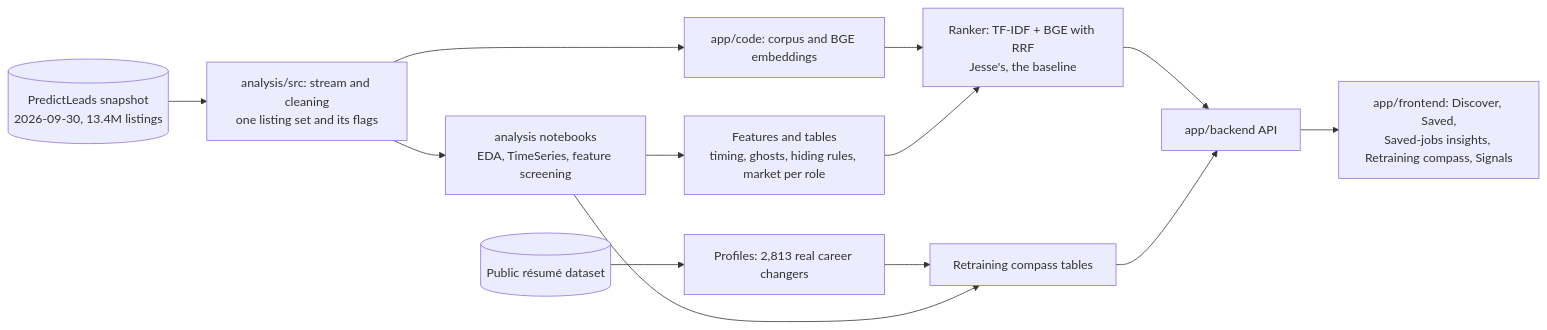
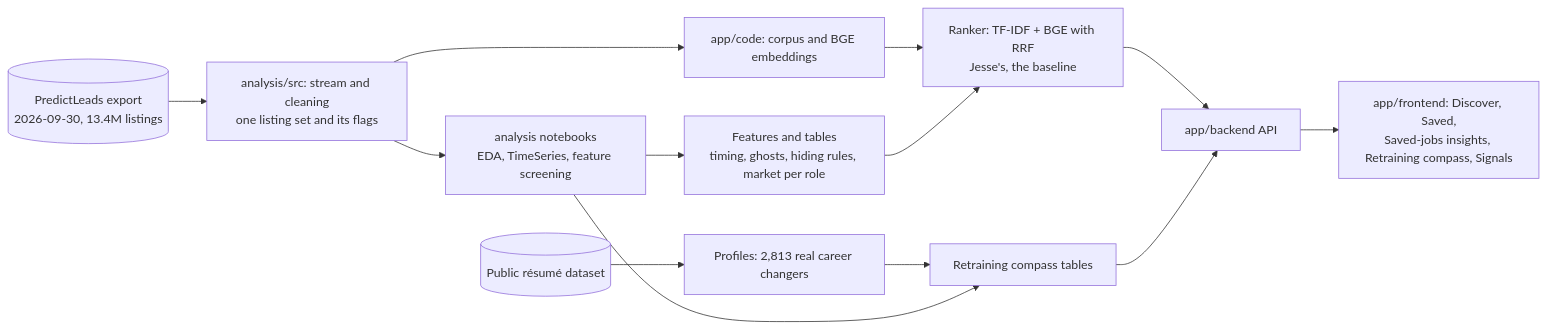
One commit to JacobColombo4729/predictleads-fathomlite changed the diagram in docs/merge_plan.md. Above: the diagram before and after it, drawn with Mermaid. The commit also changed other lines of this file and 10 other files, not shown here.

Commit message:
Replace vague "snapshot" with "September 30, the data's end date"; define the data export and "still open" once in EDA_SDA_1 and docs/data.md

````diff
--- a/docs/merge_plan.md
+++ b/docs/merge_plan.md
@@ -65,15 +65,15 @@
 ```mermaid
 flowchart LR
-    S3[(PredictLeads snapshot<br/>2026-09-30, 13.4M listings)] --> STREAM[analysis/src: stream and cleaning<br/>one listing set and its flags]
+    S3[(PredictLeads export<br/>2026-09-30, 13.4M listings)] --> STREAM[analysis/src: stream and cleaning<br/>one listing set and its flags]
     STREAM --> NB[analysis notebooks<br/>EDA, TimeSeries, feature screening]
     RES[(Public résumé dataset)] --> PROF[Profiles: 2,813 real career changers]
     NB --> FEAT[Features and tables<br/>timing, ghosts, hiding rules, market per role]
     PROF --> RC[Retraining compass tables]
     NB --> RC
     STREAM --> CORPUS[app/code: corpus and BGE embeddings]
     CORPUS --> RANK[Ranker: TF-IDF + BGE with RRF<br/>Jesse's, the baseline]
     FEAT --> RANK
     RANK --> API[app/backend API]
     RC --> API
     API --> UI[app/frontend: Discover, Saved,<br/>Saved-jobs insights, Retraining compass, Signals]
 ```
````
